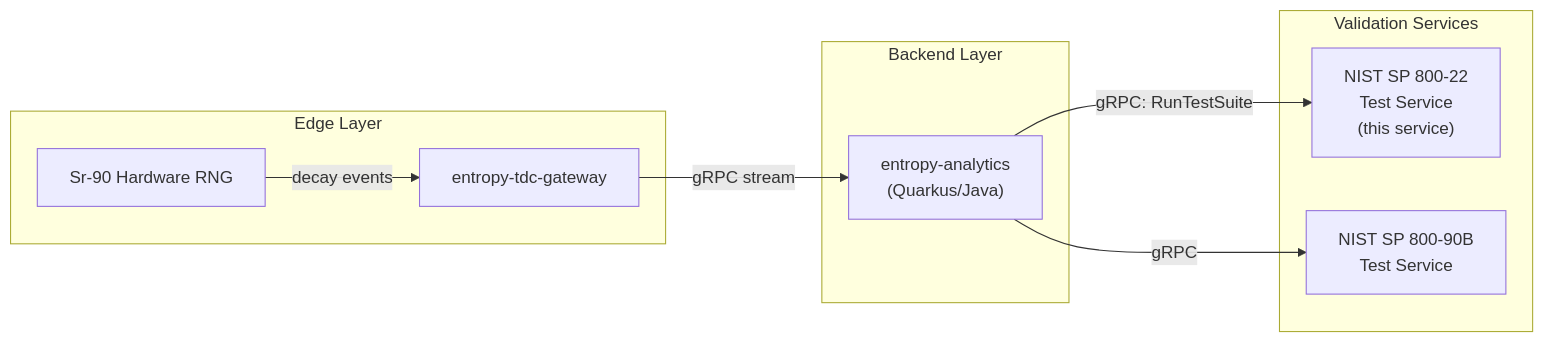
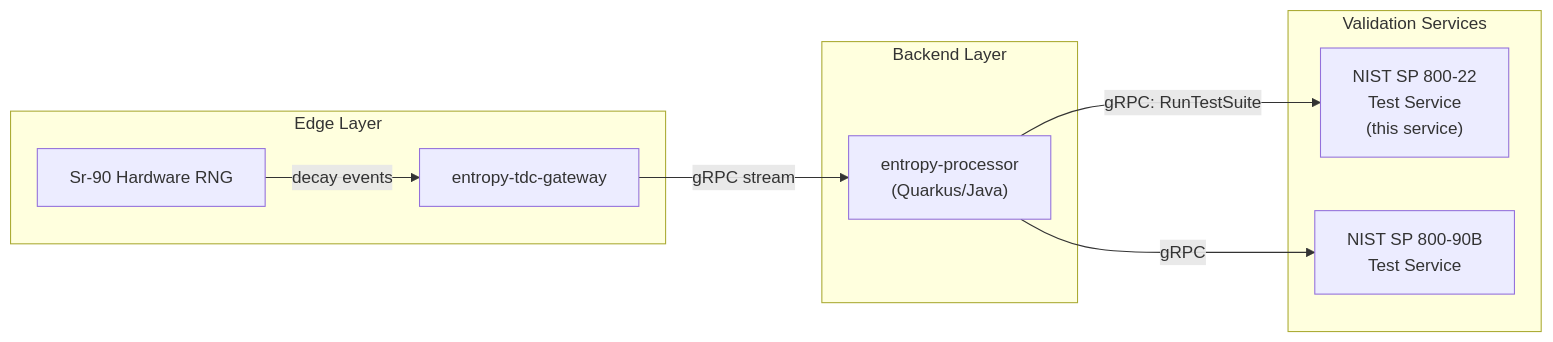
One commit to AmmannChristian/NIST-SP-800-22-Rev.1A-Go changed the first of 5 diagrams in docs/architecture.md. Above: the diagram before and after it, drawn with Mermaid. The commit also changed other lines of this file, not shown here.

First line of the commit message:
Update `architecture.md` to reflect `entropy-processor` backend rename

````diff
--- a/docs/architecture.md
+++ b/docs/architecture.md
@@ -35,21 +35,21 @@
 ```mermaid
 graph LR
     subgraph Edge["Edge Layer"]
         HW["Sr-90 Hardware RNG"]
         GW["entropy-tdc-gateway"]
     end
 
     subgraph Backend["Backend Layer"]
-        EA["entropy-analytics<br/>(Quarkus/Java)"]
+        EA["entropy-processor<br/>(Quarkus/Java)"]
     end
 
     subgraph Validation["Validation Services"]
         SP22["NIST SP 800-22<br/>Test Service<br/>(this service)"]
         SP90B["NIST SP 800-90B<br/>Test Service"]
     end
 
     HW -->|"decay events"| GW
     GW -->|"gRPC stream"| EA
     EA -->|"gRPC: RunTestSuite"| SP22
     EA -->|"gRPC"| SP90B
 ```
````
